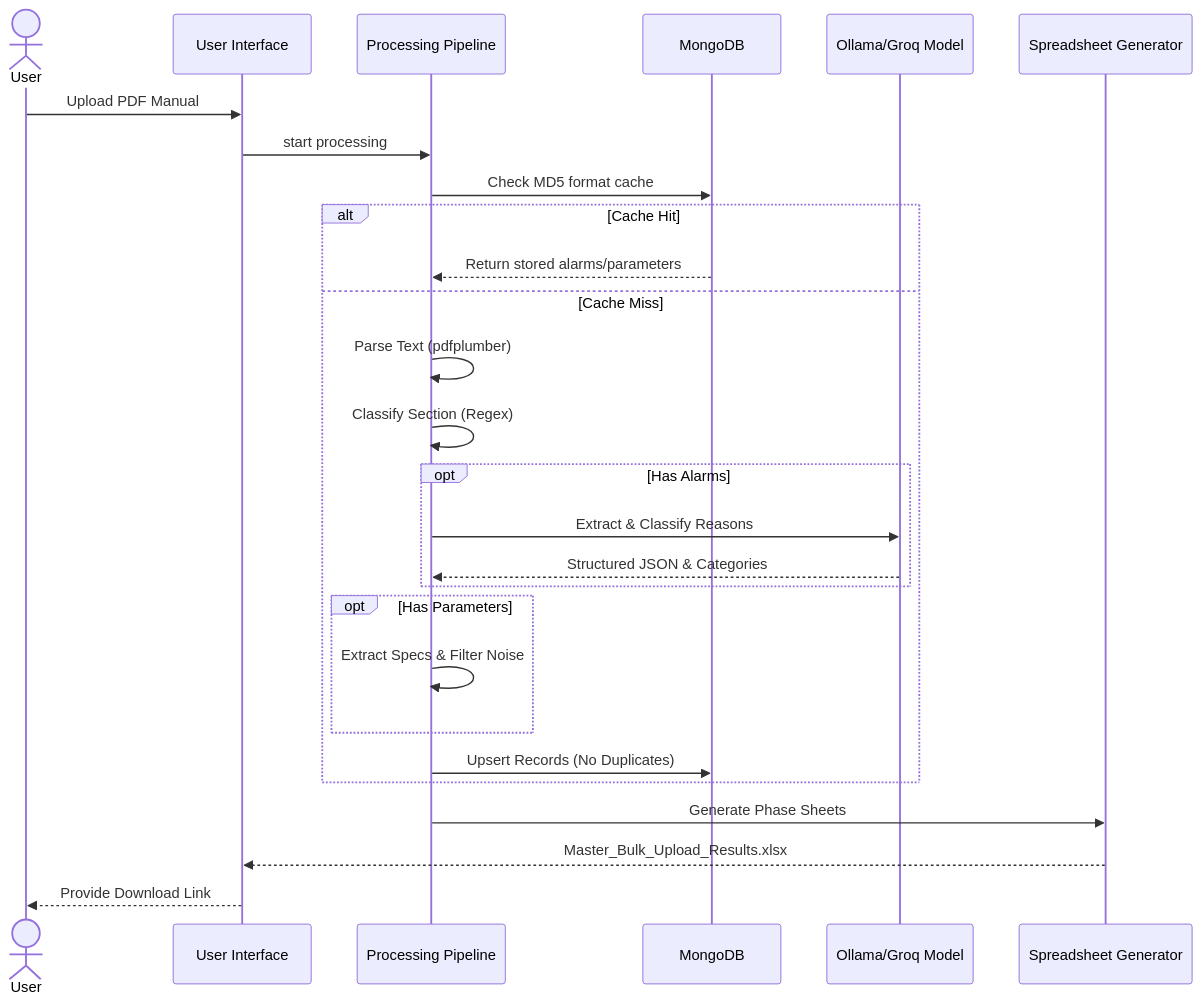
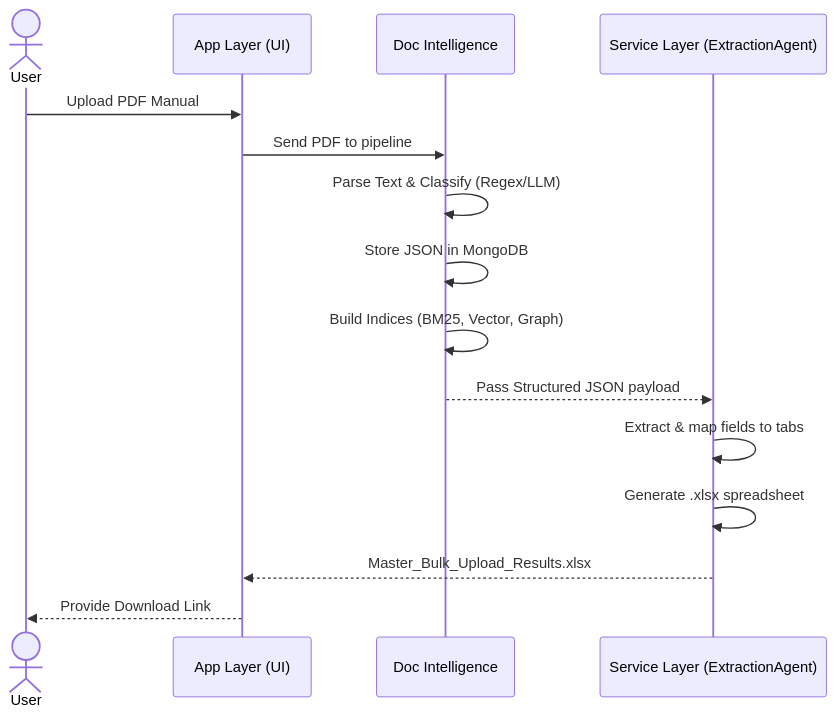
One commit to raghdaemara1/Industrail_App changed the second of 2 diagrams in README.md. Above: the diagram before and after it, drawn with Mermaid. The commit also changed other lines of this file and 3 other files, not shown here.

Commit message:
Refactor architecture to Service Layer and extraction agent pattern

````diff
--- a/README.md
+++ b/README.md
@@ -80,30 +76,18 @@
 ```mermaid
 sequenceDiagram
     actor User
-    participant Streamlit as User Interface
-    participant Pipeline as Processing Pipeline
-    participant DB as MongoDB
-    participant LLM as Ollama/Groq Model
-    participant Excel as Spreadsheet Generator
+    participant App as App Layer (UI)
+    participant DI as Doc Intelligence
+    participant Agent as Service Layer (ExtractionAgent)
     
-    User->>Streamlit: Upload PDF Manual
-    Streamlit->>Pipeline: start processing
-    Pipeline->>DB: Check MD5 format cache
-    alt Cache Hit
-        DB-->>Pipeline: Return stored alarms/parameters
-    else Cache Miss
-        Pipeline->>Pipeline: Parse Text (pdfplumber)
-        Pipeline->>Pipeline: Classify Section (Regex)
-        opt Has Alarms
-            Pipeline->>LLM: Extract & Classify Reasons
-            LLM-->>Pipeline: Structured JSON & Categories
-        end
-        opt Has Parameters
-            Pipeline->>Pipeline: Extract Specs & Filter Noise
-        end
-        Pipeline->>DB: Upsert Records (No Duplicates)
-    end
-    Pipeline->>Excel: Generate Phase Sheets
-    Excel-->>Streamlit: Master_Bulk_Upload_Results.xlsx
-    Streamlit-->>User: Provide Download Link
+    User->>App: Upload PDF Manual
+    App->>DI: Send PDF to pipeline
+    DI->>DI: Parse Text & Classify (Regex/LLM)
+    DI->>DI: Store JSON in MongoDB
+    DI->>DI: Build Indices (BM25, Vector, Graph)
+    DI-->>Agent: Pass Structured JSON payload
+    Agent->>Agent: Extract & map fields to tabs
+    Agent->>Agent: Generate .xlsx spreadsheet
+    Agent-->>App: Master_Bulk_Upload_Results.xlsx
+    App-->>User: Provide Download Link
 ```
````
